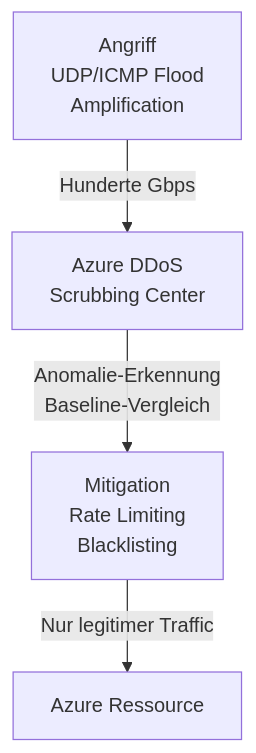
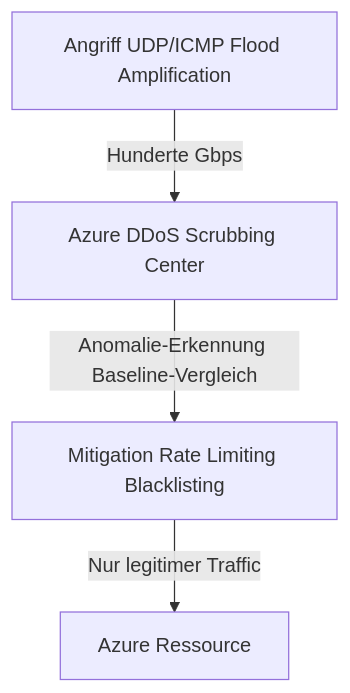
The second of 5 diagrams in Microsoft 365/Azure/Netzwerk/Azure DDoS Protection.md (SoniiiT/notes-n-docs), drawn with Mermaid before and after one commit. The commit also changed other lines of this file and 124 other files, not shown here.

First line of the commit message:
fix: Entferne \n aus allen Mermaid-Diagrammen (125 Dateien)

````diff
--- a/Microsoft 365/Azure/Netzwerk/Azure DDoS Protection.md
+++ b/Microsoft 365/Azure/Netzwerk/Azure DDoS Protection.md
@@ -63,6 +63,6 @@
 ```mermaid
 graph TD
-    ATTACK[Angriff\nUDP/ICMP Flood\nAmplification] -->|Hunderte Gbps| AZURE[Azure DDoS\nScrubbing Center]
-    AZURE -->|Anomalie-Erkennung\nBaseline-Vergleich| MITIG[Mitigation\nRate Limiting\nBlacklisting]
+    ATTACK[Angriff UDP/ICMP Flood Amplification] -->|Hunderte Gbps| AZURE[Azure DDoS Scrubbing Center]
+    AZURE -->|Anomalie-Erkennung Baseline-Vergleich| MITIG[Mitigation Rate Limiting Blacklisting]
     MITIG -->|Nur legitimer Traffic| RESOURCE[Azure Ressource]
 ```
````
